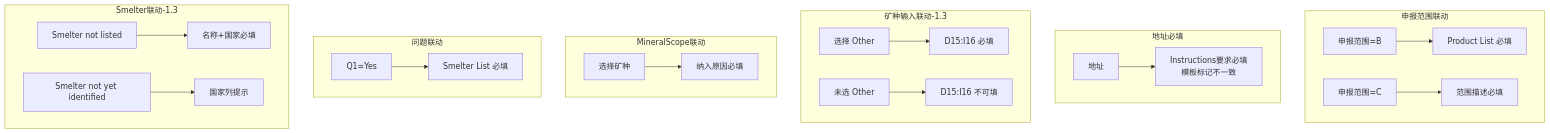
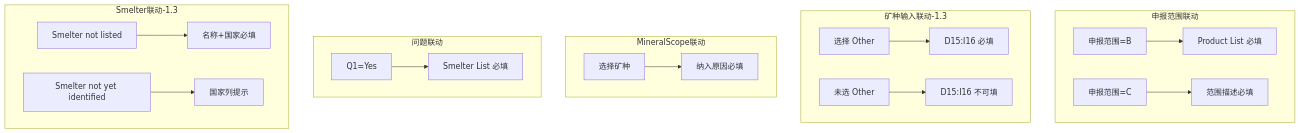
One commit to cirscn/cm-reporting changed the eighth of 9 diagrams in docs/04-amrt-prd.md. Above: the diagram before and after it, drawn with Mermaid. The commit also changed other lines of this file and 9 other files, not shown here.

````diff
--- a/docs/04-amrt-prd.md
+++ b/docs/04-amrt-prd.md
@@ -440,31 +441,27 @@
 ```mermaid
 flowchart TD
     subgraph 申报范围联动
         ScopeB[申报范围=B] --> ProductReq[Product List 必填]
         ScopeC[申报范围=C] --> DescReq[范围描述必填]
-    end
-    
-    subgraph 地址必填
-        Addr[地址] --> AddrReq[Instructions要求必填<br/>模板标记不一致]
     end
     
     subgraph 矿种输入联动-1.3
         SelectOther[选择 Other] --> FillOther[D15:I16 必填]
         NotOther[未选 Other] --> NoFill[D15:I16 不可填]
     end
     
     subgraph MineralScope联动
         SelectMineral[选择矿种] --> ReasonReq[纳入原因必填]
     end
 
     subgraph 问题联动
         Q1Yes[Q1=Yes] --> SmelterReq[Smelter List 必填]
     end
     
     subgraph Smelter联动-1.3
         NotListed[Smelter not listed] --> NameCountry[名称+国家必填]
         NotIdentified[Smelter not yet identified] --> CountryHint[国家列提示]
     end
     
     
 ```
````
